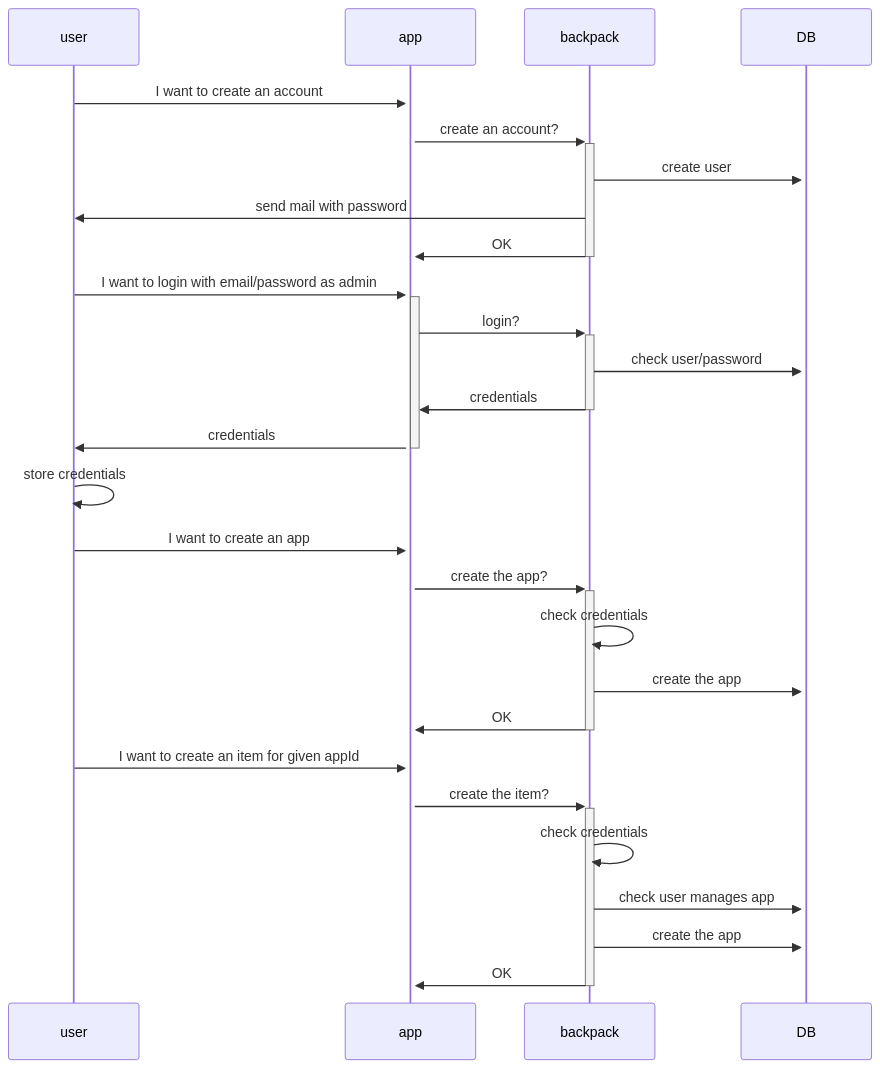
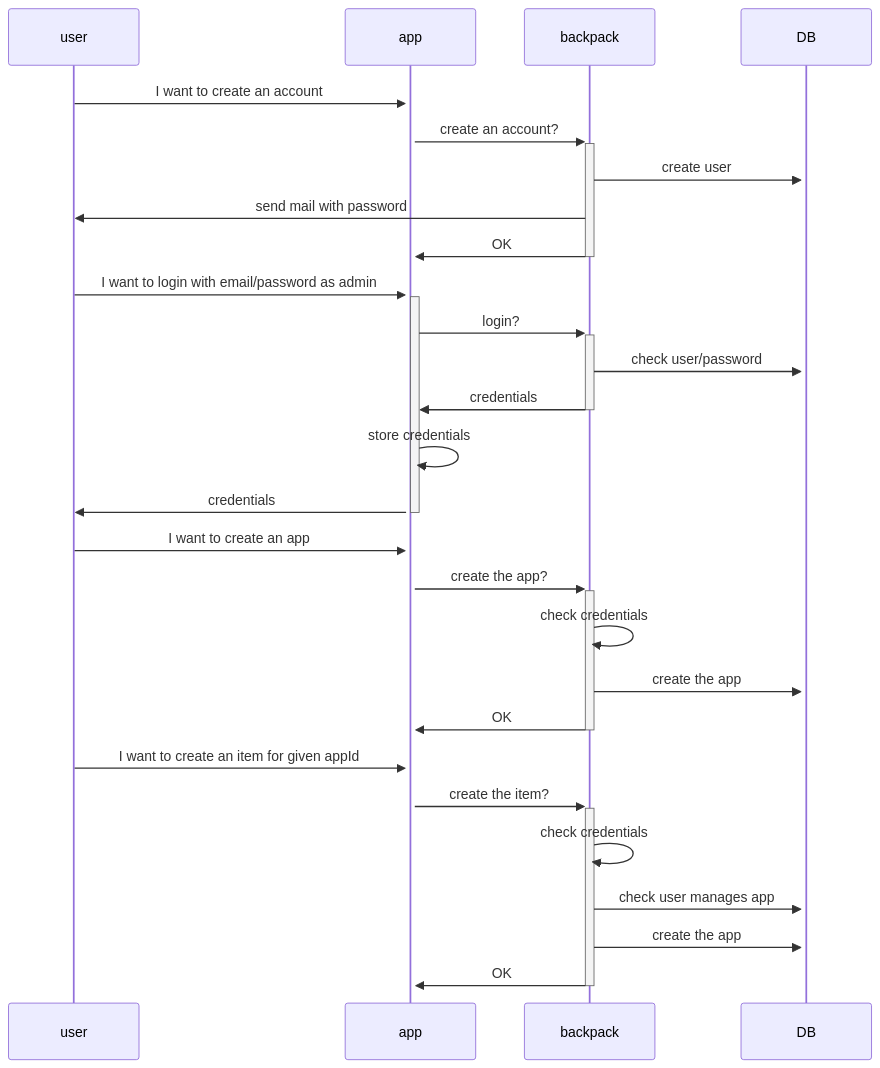
One commit to Vrixyz/backpack changed the diagram in crates/backpack-server/docs/sequence.md. Above: the diagram before and after it, drawn with Mermaid.

Commit message:
store credentials in app seems better described

````diff
--- a/crates/backpack-server/docs/sequence.md
+++ b/crates/backpack-server/docs/sequence.md
@@ -7,28 +7,28 @@
 ```mermaid
 sequenceDiagram
     user->>+app: I want to create an account
     app->>+backpack: create an account?
     backpack->>+DB: create user
     backpack->>user:  send mail with password
     backpack->>-app: OK
 
     user->>+app: I want to login with email/password as admin
     app->>+backpack: login?
     backpack->>DB: check user/password
     backpack->>-app: credentials
+    app->>app: store credentials
     app->>-user: credentials
 
-    user->>user: store credentials
     user->>app: I want to create an app
     app->>+backpack: create the app?
     backpack->>backpack: check credentials
     backpack->>DB: create the app
     backpack->>-app: OK
 
     user->>app: I want to create an item for given appId
     app->>+backpack: create the item?
     backpack->>backpack: check credentials
     backpack->>DB: check user manages app
     backpack->>DB: create the app
     backpack->>-app: OK
 ```
````
